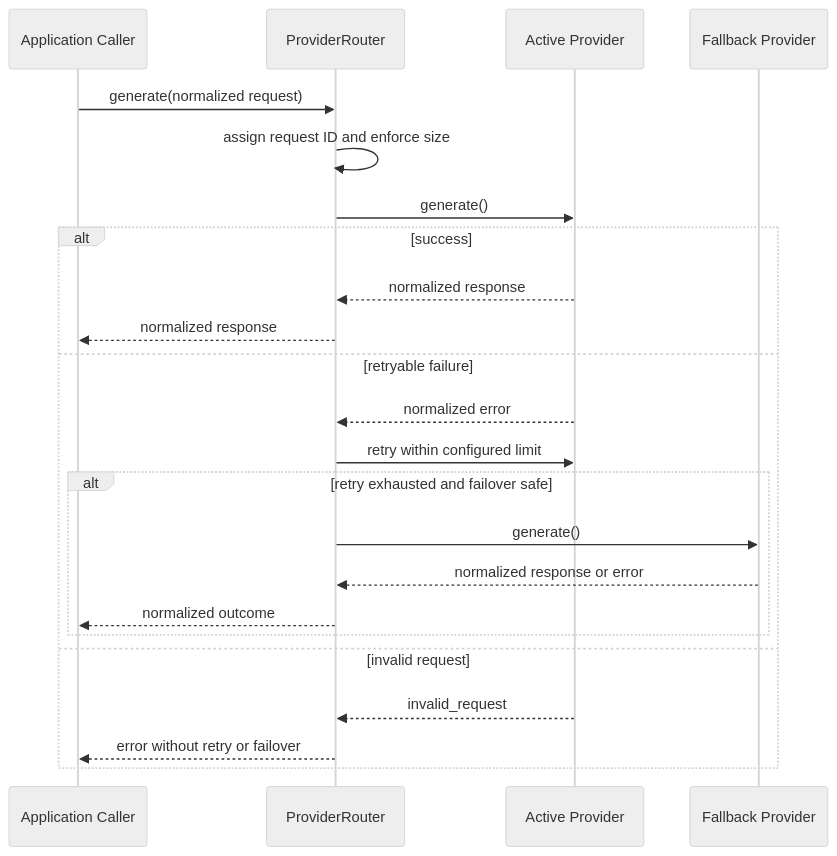
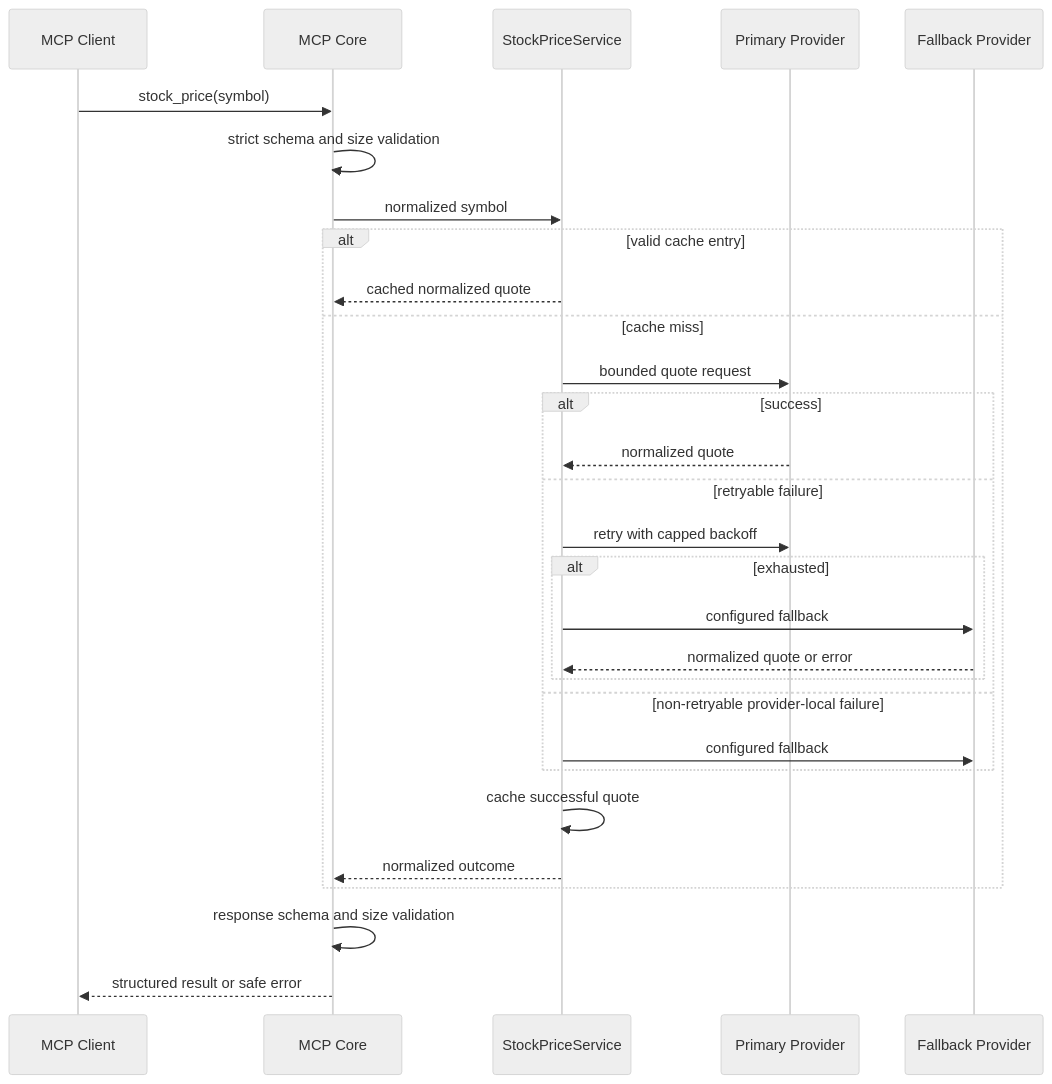
One commit to LeelaissakAttota/ToolBridge-MCP-Server changed the third of 3 diagrams in ARCHITECTURE.md. Above: the diagram before and after it, drawn with Mermaid (neutral theme). The commit also changed other lines of this file and 37 other files, not shown here.

Commit message:
feat(tools): complete Phase 4 stock price tool framework

````diff
--- a/ARCHITECTURE.md
+++ b/ARCHITECTURE.md
@@ -88,26 +111,32 @@
 ```mermaid
 sequenceDiagram
-    participant C as Application Caller
-    participant R as ProviderRouter
-    participant P as Active Provider
+    participant C as MCP Client
+    participant E as MCP Core
+    participant S as StockPriceService
+    participant P as Primary Provider
     participant F as Fallback Provider
 
-    C->>R: generate(normalized request)
-    R->>R: assign request ID and enforce size
-    R->>P: generate()
-    alt success
-        P-->>R: normalized response
-        R-->>C: normalized response
-    else retryable failure
-        P-->>R: normalized error
-        R->>P: retry within configured limit
-        alt retry exhausted and failover safe
-            R->>F: generate()
-            F-->>R: normalized response or error
-            R-->>C: normalized outcome
+    C->>E: stock_price(symbol)
+    E->>E: strict schema and size validation
+    E->>S: normalized symbol
+    alt valid cache entry
+        S-->>E: cached normalized quote
+    else cache miss
+        S->>P: bounded quote request
+        alt success
+            P-->>S: normalized quote
+        else retryable failure
+            S->>P: retry with capped backoff
+            alt exhausted
+                S->>F: configured fallback
+                F-->>S: normalized quote or error
+            end
+        else non-retryable provider-local failure
+            S->>F: configured fallback
         end
-    else invalid request
-        P-->>R: invalid_request
-        R-->>C: error without retry or failover
+        S->>S: cache successful quote
+        S-->>E: normalized outcome
     end
+    E->>E: response schema and size validation
+    E-->>C: structured result or safe error
 ```
````
